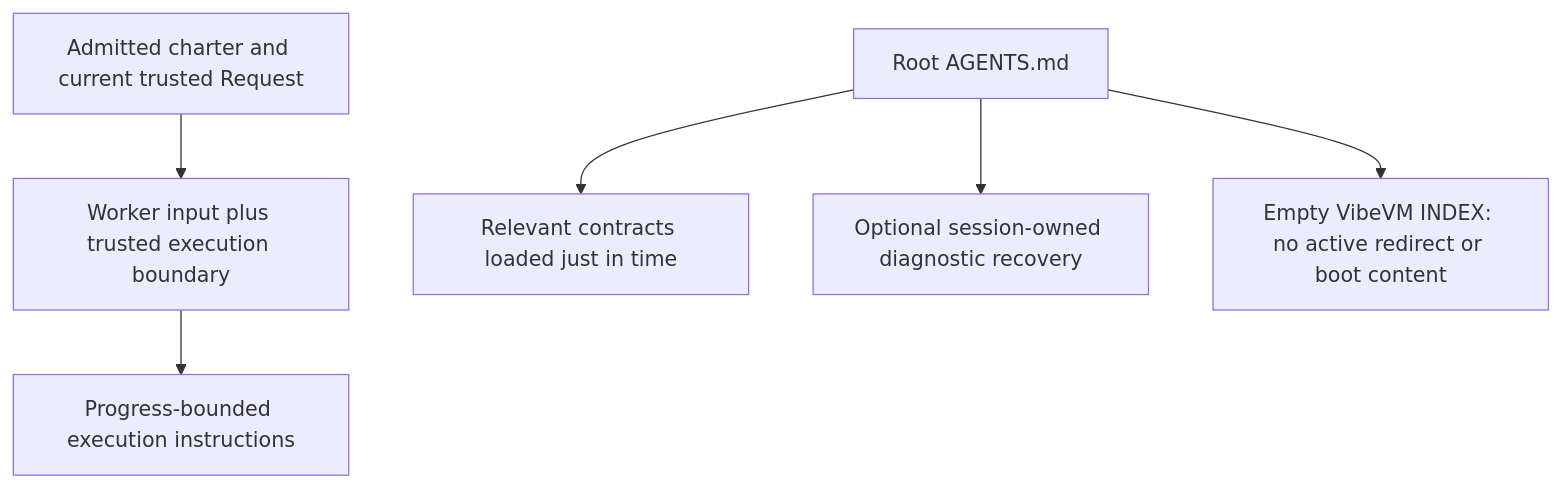
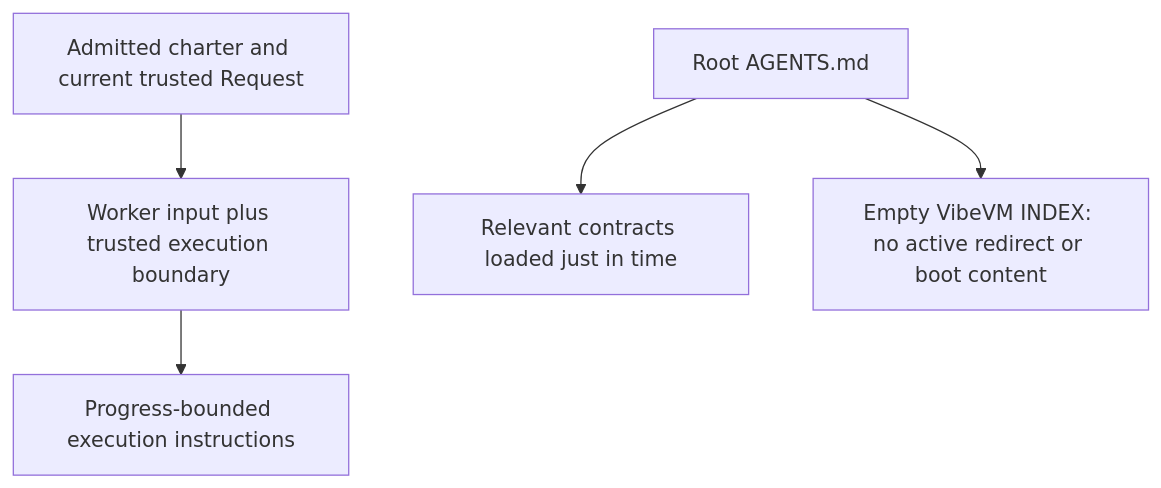
One commit to jresearchsoftware/codex-relay changed the second of 3 diagrams in docs/vibevm-routing-assessment.md. Above: the diagram before and after it, drawn with Mermaid. The commit also changed other lines of this file and 53 other files, not shown here.

````diff
--- a/docs/vibevm-routing-assessment.md
+++ b/docs/vibevm-routing-assessment.md
@@ -188,8 +188,7 @@
 ```mermaid
 flowchart TD
     R[Admitted charter and current trusted Request] --> P[Worker input plus trusted execution boundary]
     P --> E[Progress-bounded execution instructions]
     A[Root AGENTS.md] --> C[Relevant contracts loaded just in time]
-    A --> H[Optional session-owned diagnostic recovery]
     A --> S[Empty VibeVM INDEX: no active redirect or boot content]
 ```
````
